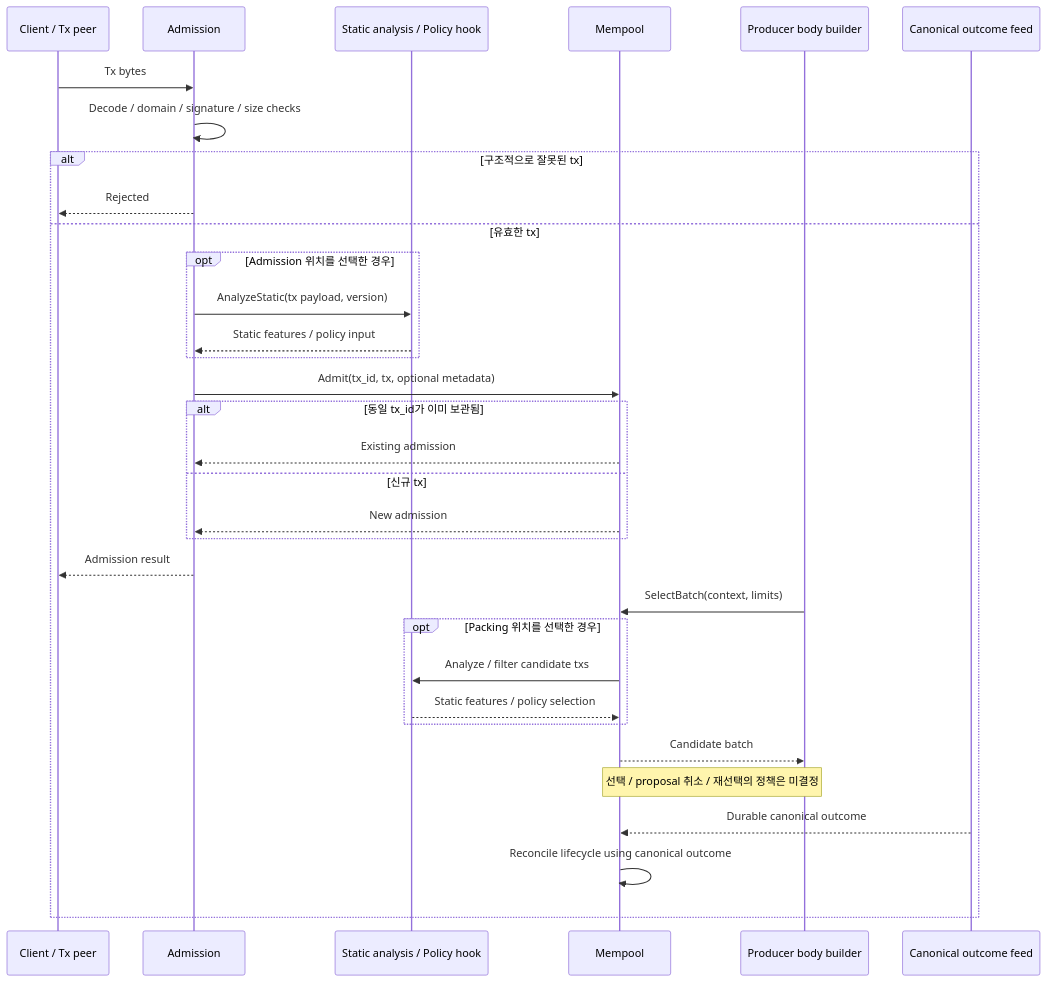
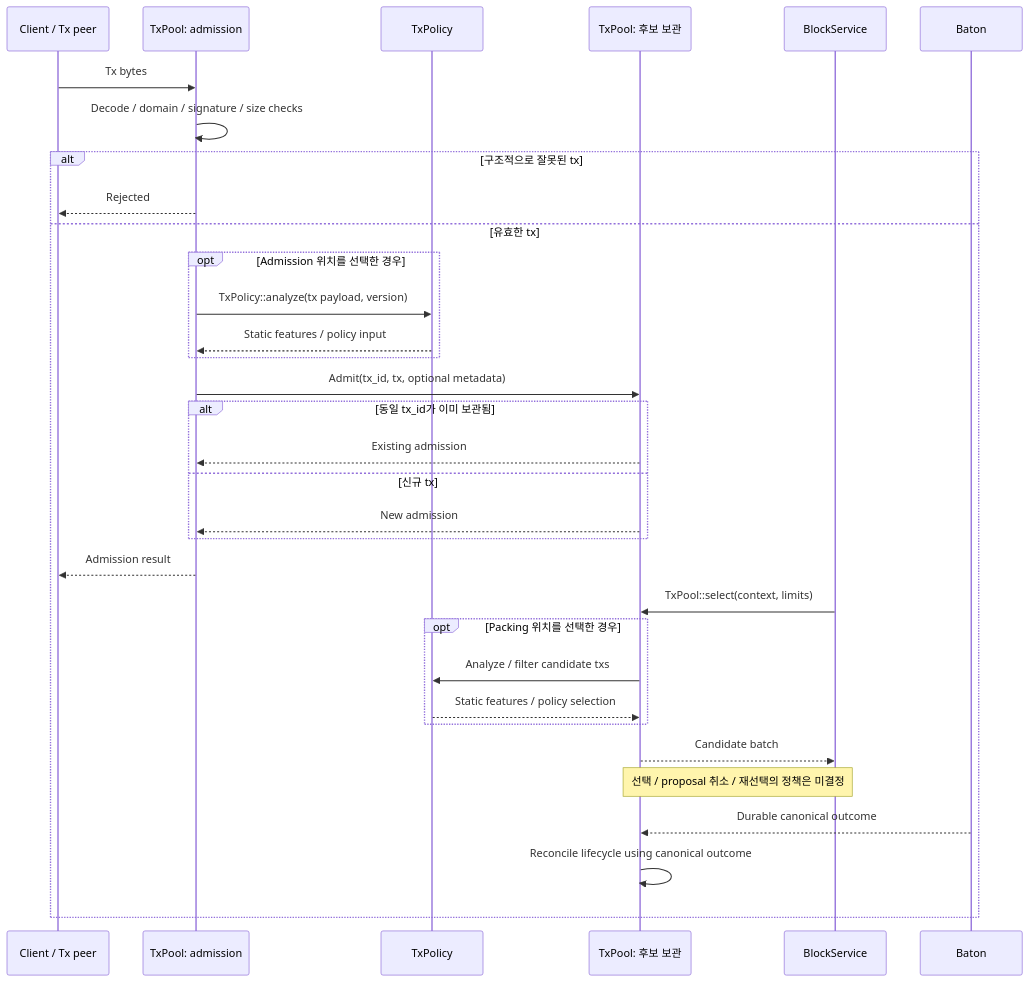
Before and after one commit to djm07073/baton-research: the third of 18 diagrams in IMPLEMENTATION_SPEC.md, drawn with Mermaid. The commit also changed other lines of this file and 51 other files, not shown here.

````diff
--- a/IMPLEMENTATION_SPEC.md
+++ b/IMPLEMENTATION_SPEC.md
@@ -214,35 +248,35 @@
 ```mermaid
 sequenceDiagram
     participant C as Client / Tx peer
-    participant A as Admission
-    participant S as Static analysis / Policy hook
-    participant P as Mempool
-    participant B as Producer body builder
-    participant O as Canonical outcome feed
+    participant A as TxPool: admission
+    participant S as TxPolicy
+    participant P as TxPool: 후보 보관
+    participant B as BlockService
+    participant O as Baton
     C->>A: Tx bytes
     A->>A: Decode / domain / signature / size checks
     alt 구조적으로 잘못된 tx
         A-->>C: Rejected
     else 유효한 tx
         opt Admission 위치를 선택한 경우
-            A->>S: AnalyzeStatic(tx payload, version)
+            A->>S: TxPolicy::analyze(tx payload, version)
             S-->>A: Static features / policy input
         end
         A->>P: Admit(tx_id, tx, optional metadata)
         alt 동일 tx_id가 이미 보관됨
             P-->>A: Existing admission
         else 신규 tx
             P-->>A: New admission
         end
         A-->>C: Admission result
-        B->>P: SelectBatch(context, limits)
+        B->>P: TxPool::select(context, limits)
         opt Packing 위치를 선택한 경우
             P->>S: Analyze / filter candidate txs
             S-->>P: Static features / policy selection
         end
         P-->>B: Candidate batch
         Note over P,B: 선택 / proposal 취소 / 재선택의 정책은 미결정
         O-->>P: Durable canonical outcome
         P->>P: Reconcile lifecycle using canonical outcome
     end
 ```
````
